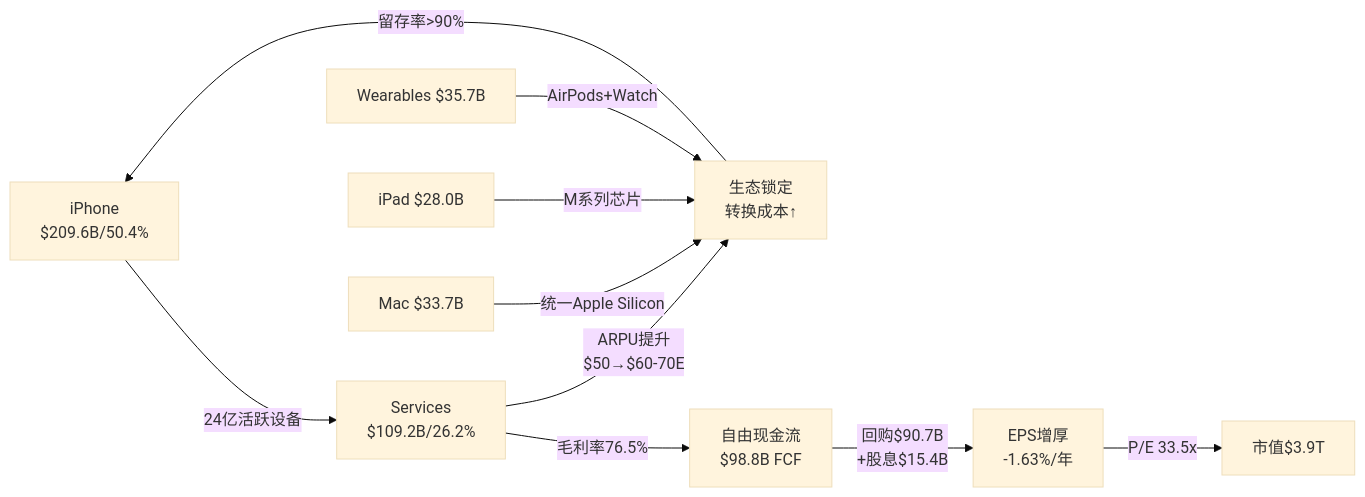
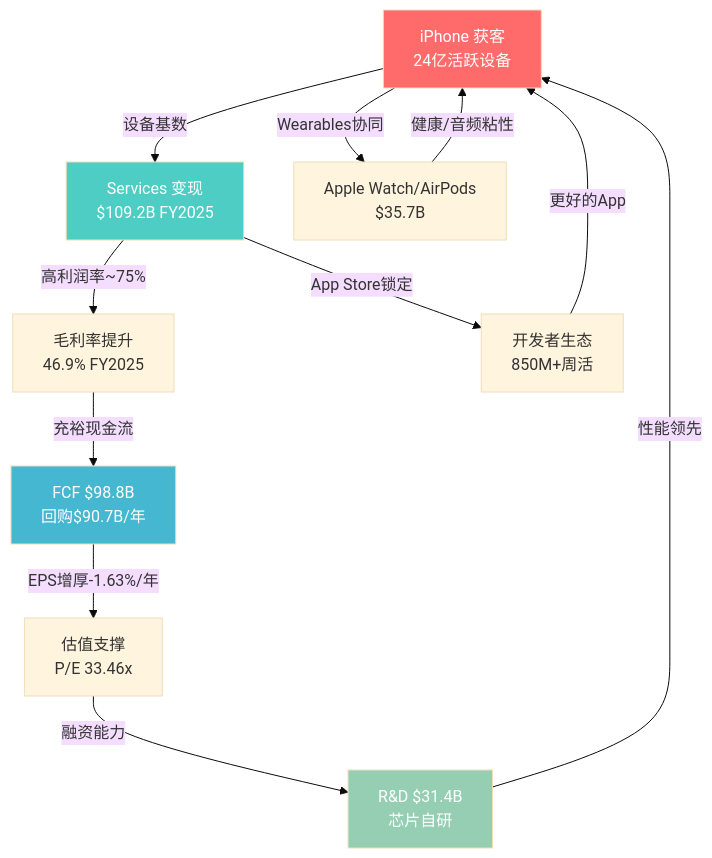
One commit to miltonnewyork25-afk/investment-master changed the first of 8 diagrams in reports/AAPL/staging/AAPL_P1_AgentA.md. Above: the diagram before and after it, drawn with Mermaid (base theme). The commit also changed other lines of this file and 2 other files, not shown here.

````diff
--- a/reports/AAPL/staging/AAPL_P1_AgentA.md
+++ b/reports/AAPL/staging/AAPL_P1_AgentA.md
@@ -20,12 +19,20 @@
 ```mermaid
-graph LR
-    A[iPhone<br/>$209.6B/50.4%] -->|24亿活跃设备| B[Services<br/>$109.2B/26.2%]
-    B -->|ARPU提升<br/>$50→$60-70E| C[生态锁定<br/>转换成本↑]
-    C -->|留存率>90%| A
-    D[Mac $33.7B] -->|统一Apple Silicon| C
-    E[iPad $28.0B] -->|M系列芯片| C
-    F[Wearables $35.7B] -->|AirPods+Watch| C
-    B -->|毛利率76.5%| G[自由现金流<br/>$98.8B FCF]
-    G -->|回购$90.7B<br/>+股息$15.4B| H[EPS增厚<br/>-1.63%/年]
-    H -->|P/E 33.5x| I[市值$3.9T]
+graph TD
+    A[iPhone 获客<br/>24亿活跃设备] -->|设备基数| B[Services 变现<br/>$109.2B FY2025]
+    B -->|高利润率~75%| C[毛利率提升<br/>46.9% FY2025]
+    C -->|充裕现金流| D[FCF $98.8B<br/>回购$90.7B/年]
+    D -->|EPS增厚-1.63%/年| E[估值支撑<br/>P/E 33.46x]
+    E -->|融资能力| F[R&D $31.4B<br/>芯片自研]
+    F -->|性能领先| A
+
+    B -->|App Store锁定| G[开发者生态<br/>850M+周活]
+    G -->|更好的App| A
+
+    A -->|Wearables协同| H[Apple Watch/AirPods<br/>$35.7B]
+    H -->|健康/音频粘性| A
+
+    style A fill:#ff6b6b,color:white
+    style B fill:#4ecdc4,color:white
+    style D fill:#45b7d1,color:white
+    style F fill:#96ceb4,color:white
 ```
````
